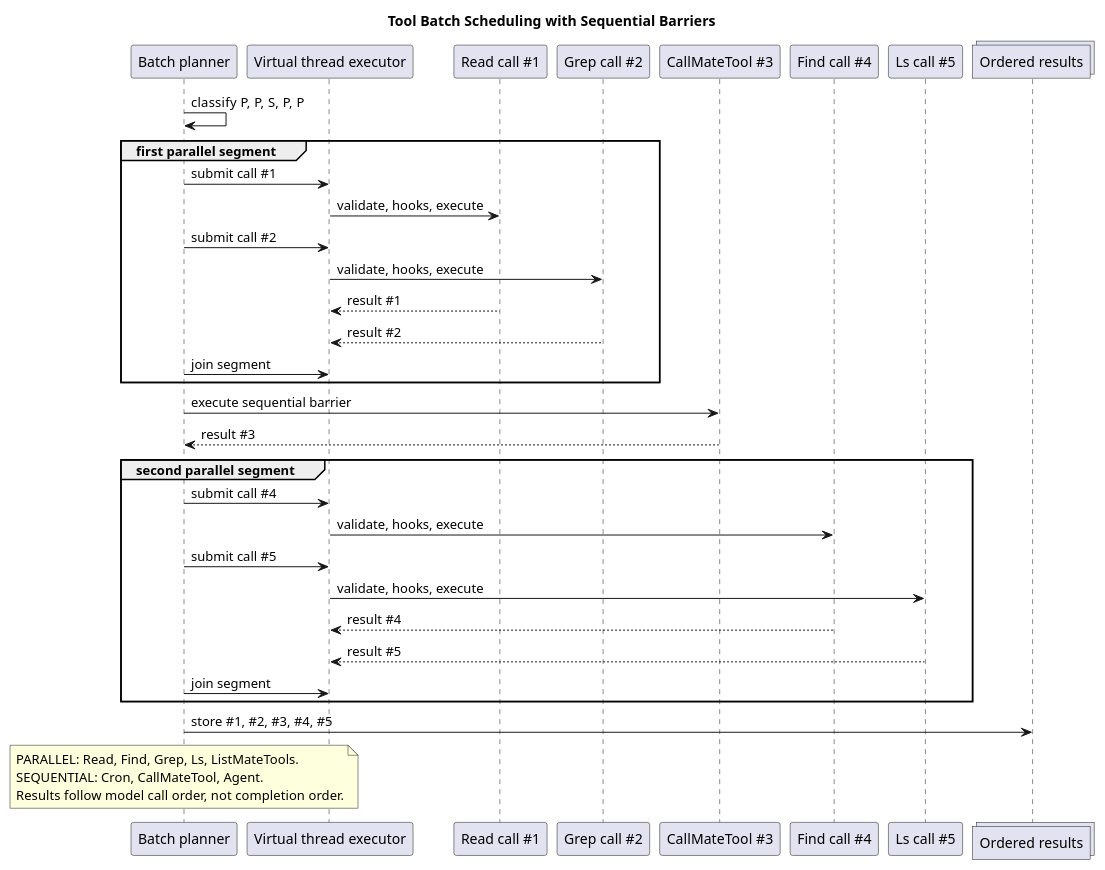
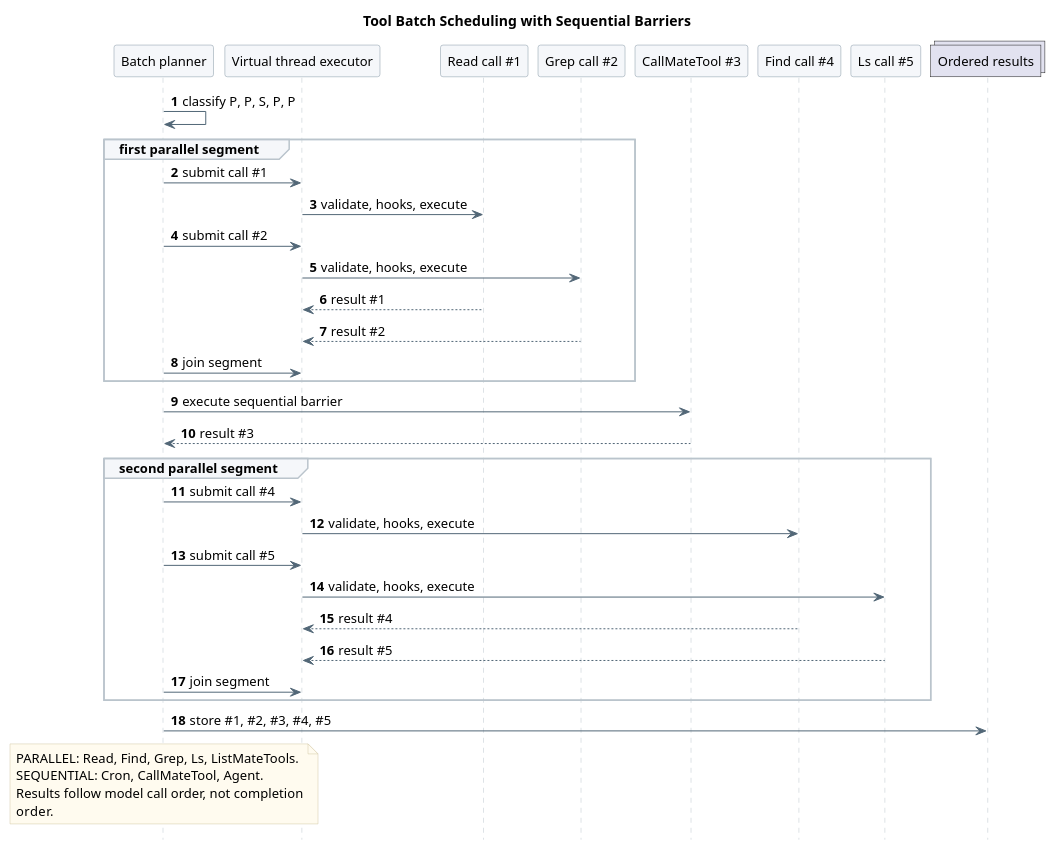
The seventh of 11 diagrams in 01-总体架构/02-CampusClaw工具系统/diagram.puml (ssm0808/pi-mono-java-design), drawn with PlantUML before and after one commit. The commit also changed other lines of this file and 212 other files, not shown here.

Commit message:
docs(design): 精简模块文档并重排全仓设计图

```diff
--- a/01-总体架构/02-CampusClaw工具系统/diagram.puml
+++ b/01-总体架构/02-CampusClaw工具系统/diagram.puml
@@ -426,50 +502,66 @@
 @startuml tool_batch_scheduling
+skinparam backgroundColor white
+skinparam defaultFontName SansSerif
+skinparam defaultFontSize 13
+skinparam shadowing false
+skinparam sequenceMessageAlign left
+skinparam maxMessageSize 165
+skinparam sequenceArrowColor #526777
+skinparam sequenceLifeLineBorderColor #BAC4CC
+skinparam sequenceParticipantBackgroundColor #F5F7FA
+skinparam sequenceParticipantBorderColor #8496A4
+skinparam sequenceGroupBackgroundColor #F5F7FA
+skinparam sequenceGroupBorderColor #BAC4CC
+skinparam noteBackgroundColor #FFFBEF
+skinparam noteBorderColor #D2C6A5
+hide footbox
+autonumber
 title Tool Batch Scheduling with Sequential Barriers
-skinparam shadowing false
 
 ' Source evidence (CampusClaw d649866):
 ' modules/agent-core/src/main/java/com/campusclaw/agent/tool/AgentTool.java: AgentTool
 ' modules/agent-core/src/main/java/com/campusclaw/agent/tool/ToolExecutionPipeline.java: executeAll
 ' Observed behavior: the pipeline does not yet implement the target adjacent
 ' parallel-segment planner.
 ' Design reason: read-only tools may overlap, but Cron, Mate execution, and Child
 ' execution preserve their model order as explicit barriers.
 
 participant "Batch planner" as Planner
 participant "Virtual thread executor" as Executor
 participant "Read call #1" as P1
 participant "Grep call #2" as P2
 participant "CallMateTool #3" as S3
 participant "Find call #4" as P4
 participant "Ls call #5" as P5
 collections "Ordered results" as Results
 
 Planner -> Planner : classify P, P, S, P, P
 group first parallel segment
   Planner -> Executor : submit call #1
   Executor -> P1 : validate, hooks, execute
   Planner -> Executor : submit call #2
   Executor -> P2 : validate, hooks, execute
   P1 --> Executor : result #1
   P2 --> Executor : result #2
   Planner -> Executor : join segment
 end
 Planner -> S3 : execute sequential barrier
 S3 --> Planner : result #3
 group second parallel segment
   Planner -> Executor : submit call #4
   Executor -> P4 : validate, hooks, execute
   Planner -> Executor : submit call #5
   Executor -> P5 : validate, hooks, execute
   P4 --> Executor : result #4
   P5 --> Executor : result #5
   Planner -> Executor : join segment
 end
 Planner -> Results : store #1, #2, #3, #4, #5
 
 note over Planner
-PARALLEL: Read, Find, Grep, Ls, ListMateTools.
-SEQUENTIAL: Cron, CallMateTool, Agent.
-Results follow model call order, not completion order.
+  PARALLEL: Read, Find, Grep, Ls, ListMateTools.
+  SEQUENTIAL: Cron, CallMateTool, Agent.
+  Results follow model call order, not completion
+  order.
 end note
 @enduml
```
